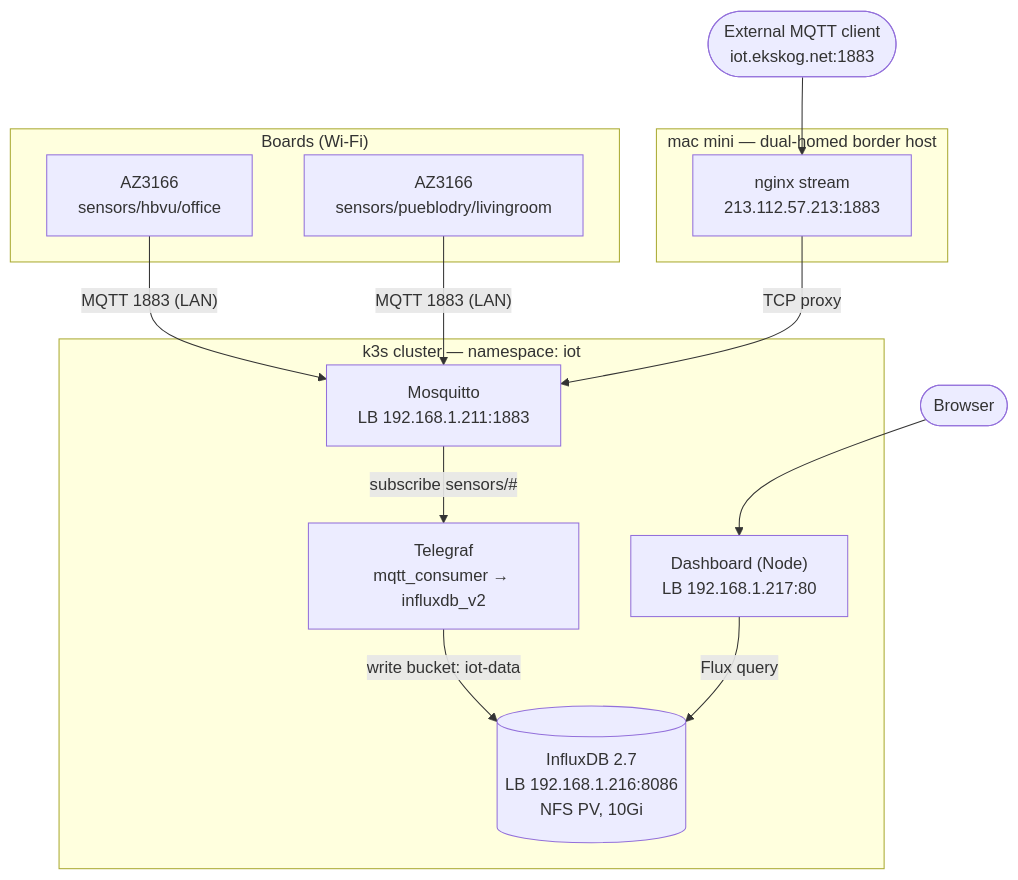
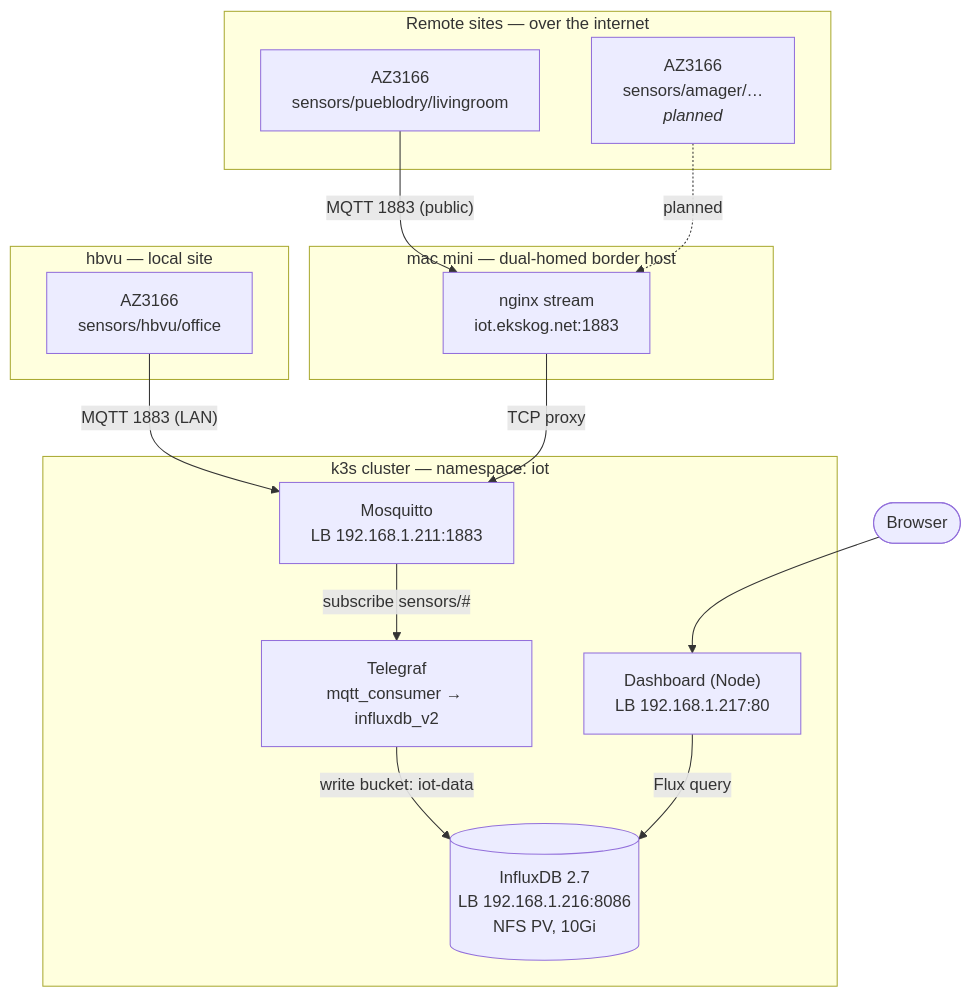
One commit to xkogd66/iot changed the diagram in README.md. Above: the diagram before and after it, drawn with Mermaid. The commit also changed other lines of this file and 2 other files, not shown here.

Commit message:
integrate grafana dashboards

````diff
--- a/README.md
+++ b/README.md
@@ -11,30 +11,33 @@
 ```mermaid
 flowchart TB
-    subgraph boards["Boards (Wi-Fi)"]
+    subgraph hbvu["hbvu — local site"]
         B1["AZ3166<br/>sensors/hbvu/office"]
+    end
+
+    subgraph remote["Remote sites — over the internet"]
         B2["AZ3166<br/>sensors/pueblodry/livingroom"]
+        B3["AZ3166<br/>sensors/amager/…<br/><i>planned</i>"]
     end
 
     subgraph mini["mac mini — dual-homed border host"]
-        NGINX["nginx stream<br/>213.112.57.213:1883"]
+        NGINX["nginx stream<br/>iot.ekskog.net:1883"]
     end
 
     subgraph k3s["k3s cluster — namespace: iot"]
         MOSQ["Mosquitto<br/>LB 192.168.1.211:1883"]
         TELE["Telegraf<br/>mqtt_consumer → influxdb_v2"]
         INFLUX[("InfluxDB 2.7<br/>LB 192.168.1.216:8086<br/>NFS PV, 10Gi")]
         DASH["Dashboard (Node)<br/>LB 192.168.1.217:80"]
     end
 
     WEB(["Browser"])
-    EXT(["External MQTT client<br/>iot.ekskog.net:1883"])
 
     B1 -- "MQTT 1883 (LAN)" --> MOSQ
-    B2 -- "MQTT 1883 (LAN)" --> MOSQ
-    EXT --> NGINX
+    B2 -- "MQTT 1883 (public)" --> NGINX
+    B3 -. "planned" .-> NGINX
     NGINX -- "TCP proxy" --> MOSQ
     MOSQ -- "subscribe sensors/#" --> TELE
     TELE -- "write bucket: iot-data" --> INFLUX
     DASH -- "Flux query" --> INFLUX
     WEB --> DASH
 ```
````
